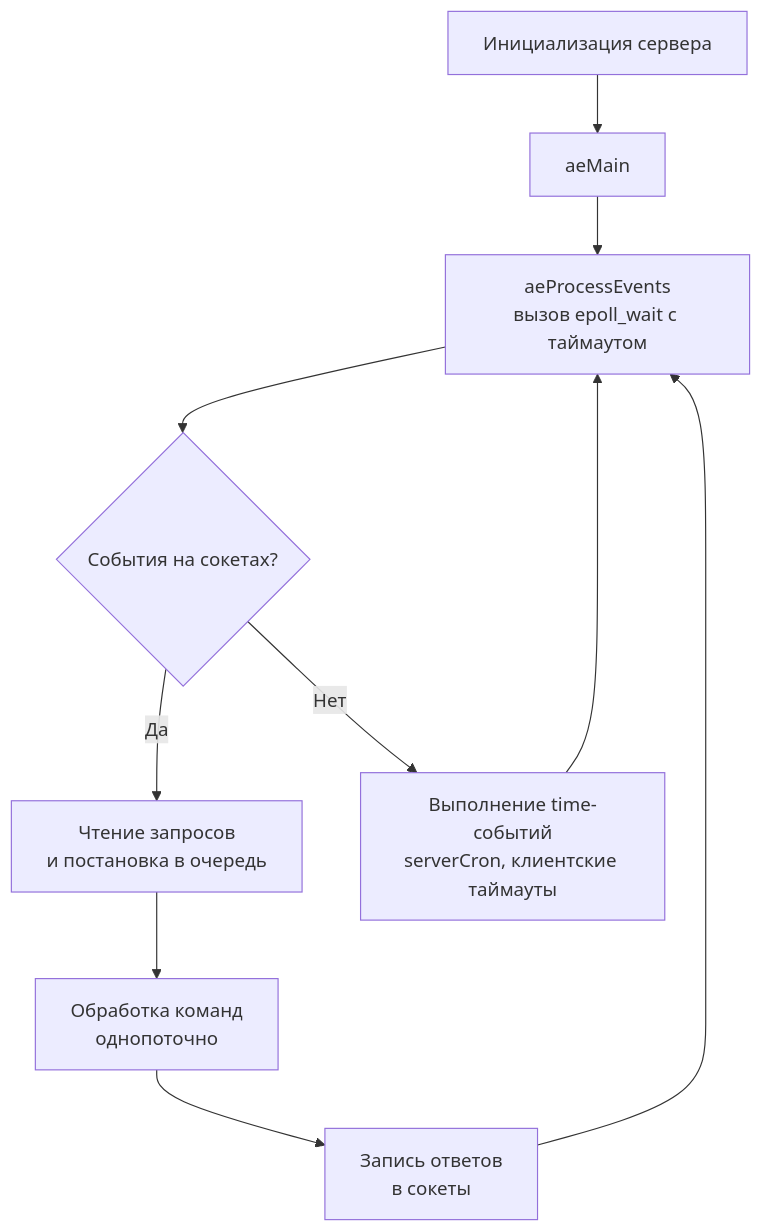
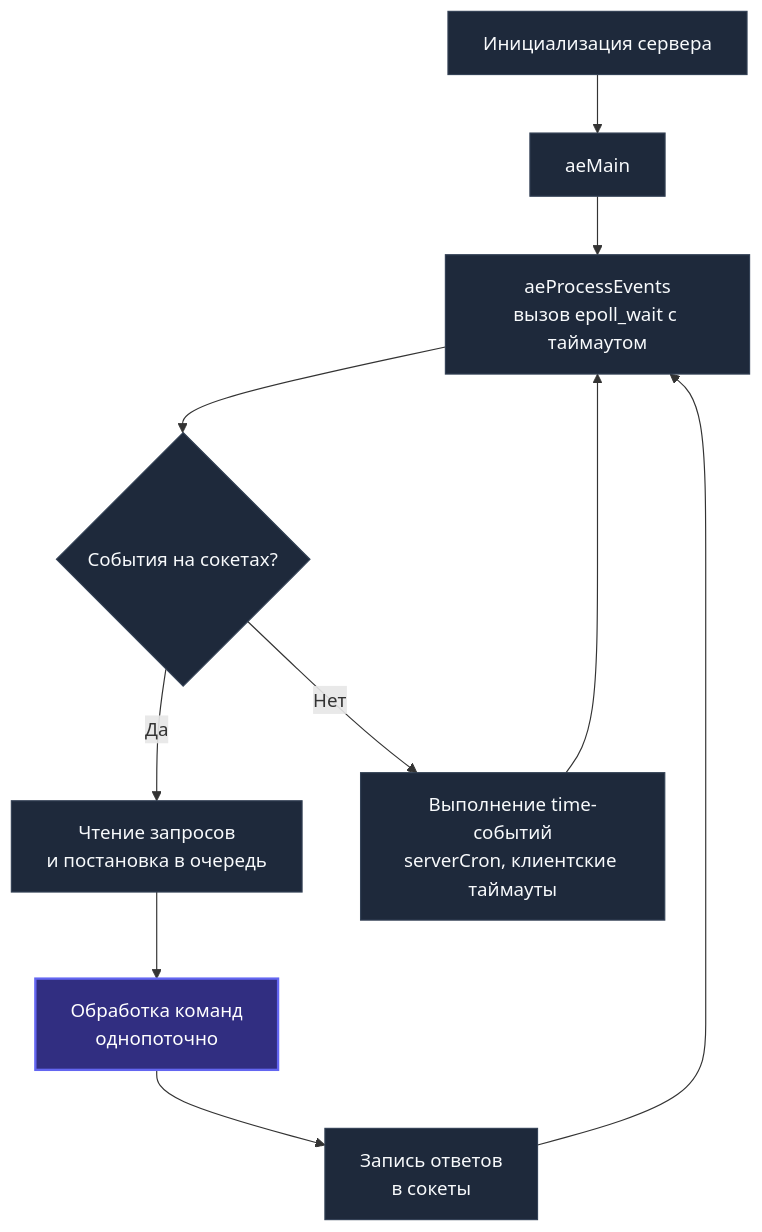
The second of 2 diagrams in sources/12. Базы данных/09. NoSQL базы/4. Redis под капотом.md (UnrealTemplier/go-textbook), drawn with Mermaid before and after one commit. The commit also changed other lines of this file, not shown here.

````diff
--- a/sources/12. Базы данных/09. NoSQL базы/4. Redis под капотом.md
+++ b/sources/12. Базы данных/09. NoSQL базы/4. Redis под капотом.md
@@ -83,12 +106,16 @@
 ```mermaid
 flowchart TD
     A["Инициализация сервера"] --> B["aeMain"]
     B --> C["aeProcessEvents<br>вызов epoll_wait с таймаутом"]
     C --> D{"События на сокетах?"}
     D -- "Да" --> E["Чтение запросов<br>и постановка в очередь"]
     D -- "Нет" --> F["Выполнение time-событий<br>serverCron, клиентские таймауты"]
     E --> G["Обработка команд<br>однопоточно"]
     G --> H["Запись ответов<br>в сокеты"]
     H --> C
     F --> C
+
+    classDef default fill:#1e293b,stroke:#334155,color:#f8fafc;
+    classDef loop fill:#312e81,stroke:#6366f1,color:#ffffff,stroke-width:2px;
+    class G loop;
 ```
````
